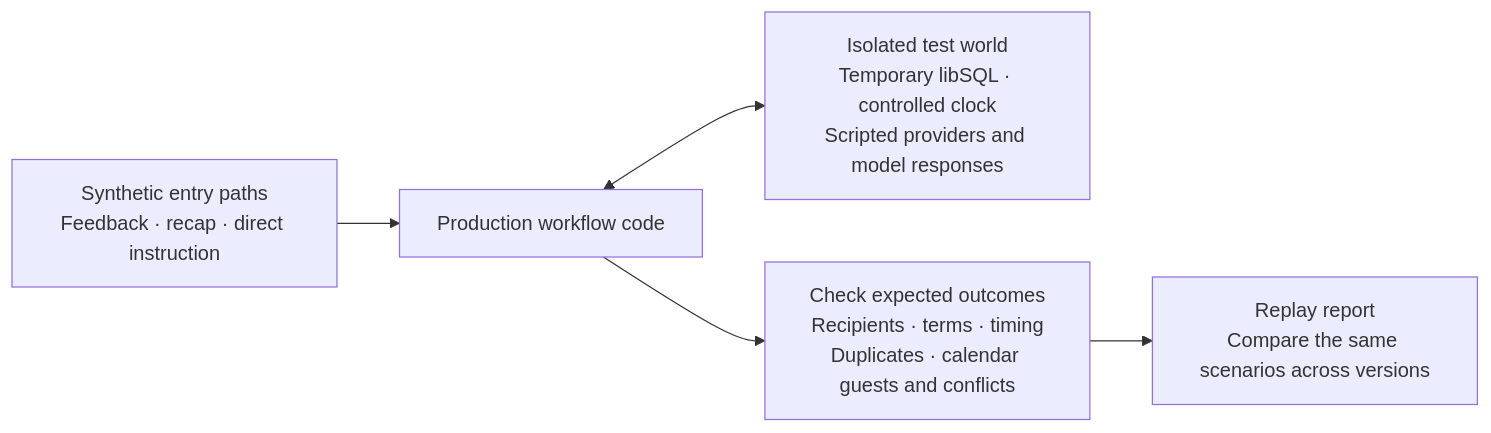
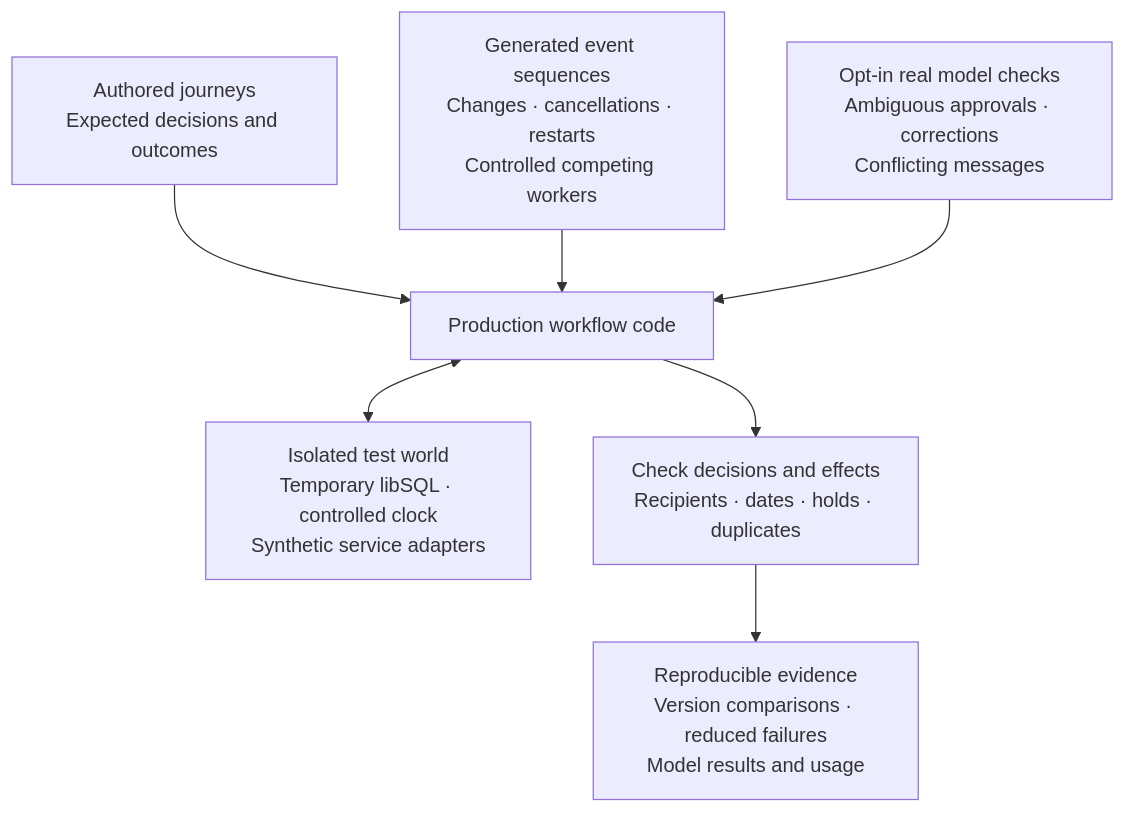
The third of 3 diagrams in README.md (mbosborn/uncle-sam), drawn with Mermaid before and after one commit. The commit also changed other lines of this file and 21 other files, not shown here.

First line of the commit message:
Test model decisions and explore workflow event combinations (#4)

````diff
--- a/README.md
+++ b/README.md
@@ -118,7 +118,9 @@
 ```mermaid
-flowchart LR
-  F["Synthetic entry paths<br/>Feedback · recap · direct instruction"] --> W["Production workflow code"]
-  W <--> S["Isolated test world<br/>Temporary libSQL · controlled clock<br/>Scripted providers and model responses"]
-  W --> A["Check expected outcomes<br/>Recipients · terms · timing<br/>Duplicates · calendar guests and conflicts"]
-  A --> R["Replay report<br/>Compare the same scenarios across versions"]
+flowchart TD
+  A["Authored journeys<br/>Expected decisions and outcomes"] --> W["Production workflow code"]
+  G["Generated event sequences<br/>Changes · cancellations · restarts<br/>Controlled competing workers"] --> W
+  M["Opt-in real model checks<br/>Ambiguous approvals · corrections<br/>Conflicting messages"] --> W
+  W <--> S["Isolated test world<br/>Temporary libSQL · controlled clock<br/>Synthetic service adapters"]
+  W --> C["Check decisions and effects<br/>Recipients · dates · holds · duplicates"]
+  C --> R["Reproducible evidence<br/>Version comparisons · reduced failures<br/>Model results and usage"]
 ```
````
